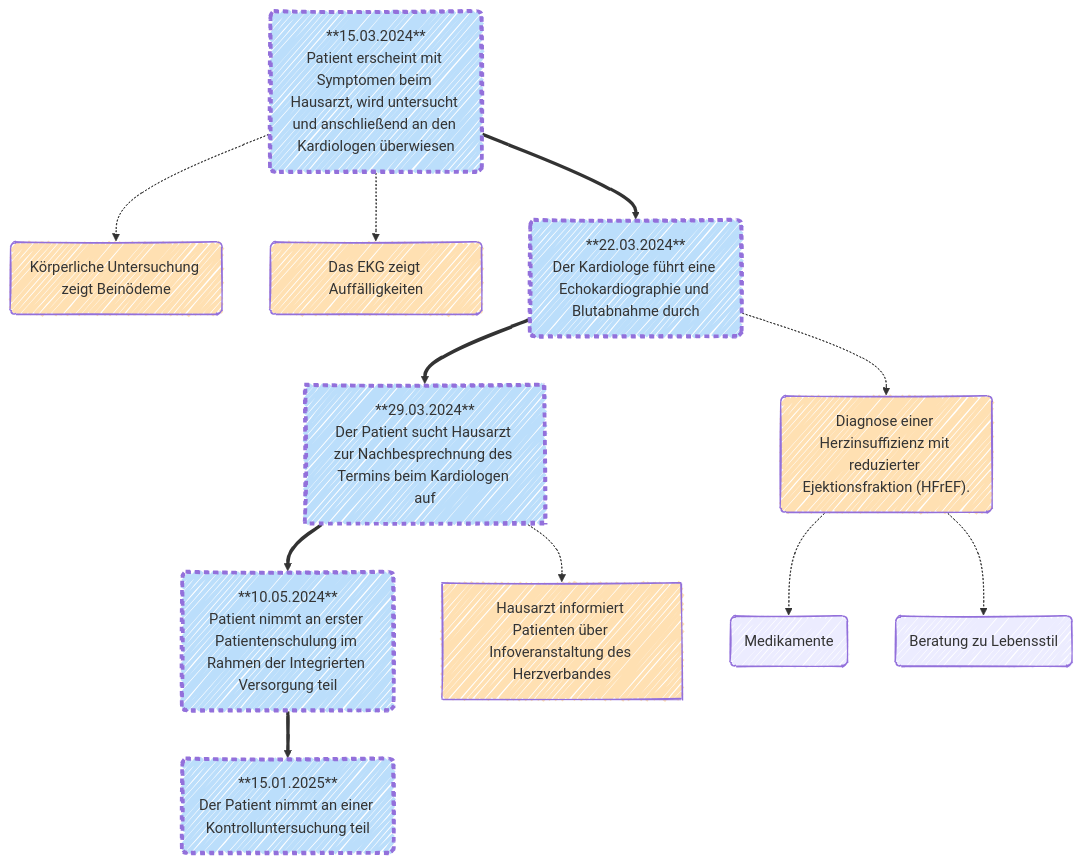
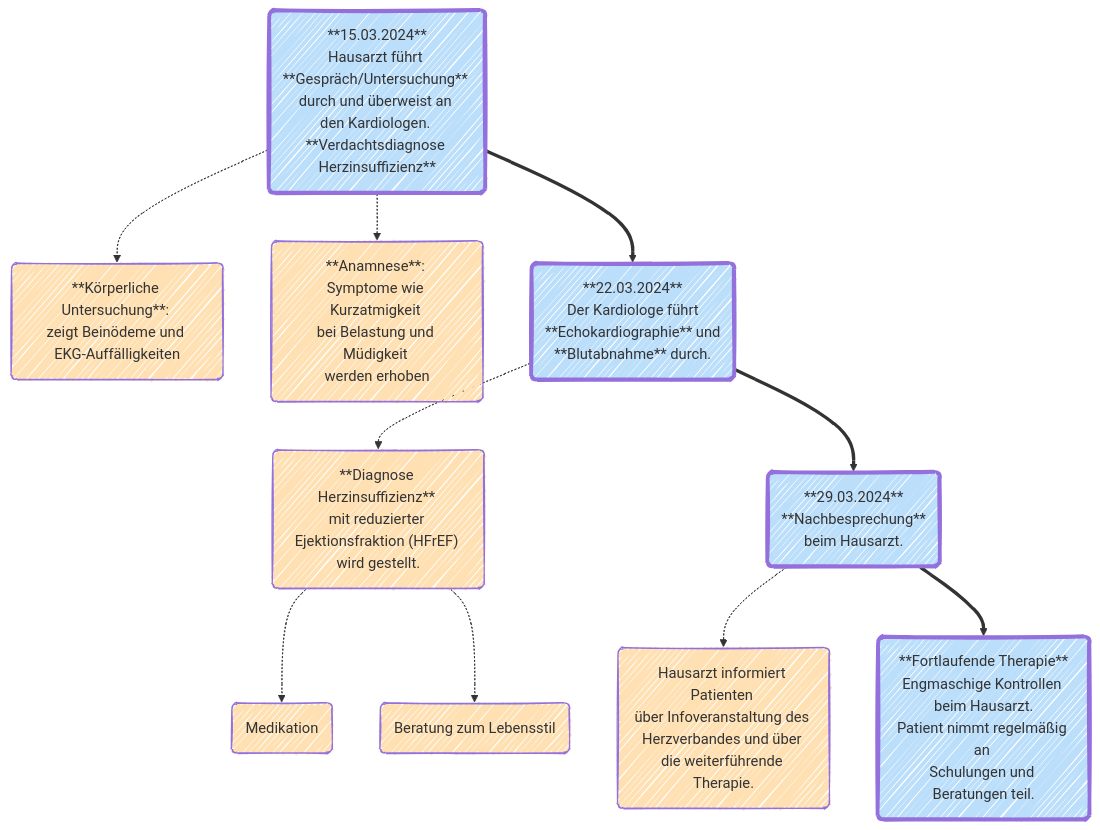
One commit to HL7Austria/ELGA-IV-Herzinsuffizienz-R4 changed the diagram in input/pagecontent/anwendungsfaelle.md. Above: the diagram before and after it, drawn with Mermaid. The commit also changed other lines of this file, not shown here.

Commit message:
Update Mermaid Process

```diff
--- a/input/pagecontent/anwendungsfaelle.md
+++ b/input/pagecontent/anwendungsfaelle.md
@@ -22,25 +22,30 @@
 <pre class="mermaid">
 ---
 config:
   look: handDrawn
   layout: fixed
 ---
 flowchart TD
-    A("**15.03.2024**<br>Patient erscheint mit Symptomen beim Hausarzt, wird untersucht und anschließend an den Kardiologen überwiesen")
-    A -.-> C("Körperliche Untersuchung zeigt Beinödeme") & D("Das EKG zeigt Auffälligkeiten")
-    A ==> J("**22.03.2024**<br>Der Kardiologe führt eine Echokardiographie und Blutabnahme durch") ==> n13["**29.03.2024**<br>Der Patient sucht Hausarzt zur Nachbesprechnung des Termins beim Kardiologen auf<br>"] 
-    J -.-> n3("Diagnose einer Herzinsuffizienz mit reduzierter Ejektionsfraktion (HFrEF).")
-    n13 ==> P("**10.05.2024**<br>Patient nimmt an erster Patientenschulung im Rahmen der Integrierten Versorgung teil<br>")
-    n3 -.-> n4("Medikamente") & n5("Beratung zu Lebensstil<br>")
-    P ==> n7("**15.01.2025**<br>Der Patient nimmt an einer Kontrolluntersuchung teil<br>")
-    n13 -.-> n17["Hausarzt informiert Patienten über Infoveranstaltung des Herzverbandes<br>"]
-    style A fill:#BBDEFB,stroke-width:4px,stroke-dasharray: 5
-    style C fill:#FFE0B2
-    style D fill:#FFE0B2
-    style J fill:#BBDEFB,stroke-width:4px,stroke-dasharray: 5
-    style n13 fill:#BBDEFB,stroke-width:4px,stroke-dasharray: 5
-    style n3 fill:#FFE0B2
-    style P fill:#BBDEFB,stroke-width:4px,stroke-dasharray: 5
-    style n7 fill:#BBDEFB,stroke-width:4px,stroke-dasharray: 5
-    style n17 fill:#FFE0B2
+    A("**15.03.2024**<br/>Hausarzt führt <br/>**Gespräch/Untersuchung** <br/>durch und überweist an <br/>den Kardiologen. <br/>**Verdachtsdiagnose <br/>Herzinsuffizienz**")
+    A -.-> a1("**Körperliche Untersuchung**: <br/>zeigt Beinödeme und <br/>EKG-Auffälligkeiten") 
+    A -.-> a2("**Anamnese**: <br/>Symptome wie Kurzatmigkeit <br/>bei Belastung und Müdigkeit <br/>werden erhoben")
+    A ==> B("**22.03.2024**<br>Der Kardiologe führt <br/> **Echokardiographie** und <br/>**Blutabnahme** durch.") 
+    B -.-> b1("**Diagnose Herzinsuffizienz** <br/>mit reduzierter Ejektionsfraktion (HFrEF) wird gestellt.")
+    b1 -.-> bb1("Medikation")
+    b1 -.-> bb2("Beratung zum Lebensstil")
+    B ==> C("**29.03.2024**<br>**Nachbesprechung**<br/>beim Hausarzt.")
+    C -.-> c1("Hausarzt informiert Patienten <br/>über Infoveranstaltung des <br/>Herzverbandes und über die weiterführende Therapie.")
+    C ==> D("**Fortlaufende Therapie**<br/>Engmaschige Kontrollen <br/>beim Hausarzt.<br/>Patient nimmt regelmäßig an <br/>Schulungen und Beratungen teil.")
+    
+    %% Styling
+    style A fill:#BBDEFB,stroke-width:4px
+    style B fill:#BBDEFB,stroke-width:4px
+    style C fill:#BBDEFB,stroke-width:4px
+    style D fill:#BBDEFB,stroke-width:4px
+    style a1 fill:#FFE0B2
+    style a2 fill:#FFE0B2
+    style b1 fill:#FFE0B2
+    style bb1 fill:#FFE0B2
+    style bb2 fill:#FFE0B2
+    style c1 fill:#FFE0B2
 </pre>  
```
